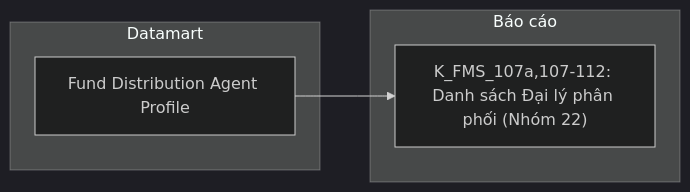
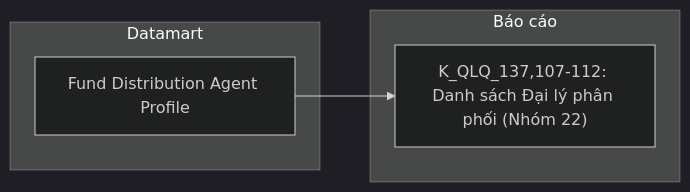
Before and after one commit to linhlvit/ubck_atomic_design: diagram 30 of 37 in Datamart/hld/DTM_QLQ_HLD.md, drawn with Mermaid (dark theme). The commit also changed other lines of this file and 5 other files, not shown here.

````diff
--- a/Datamart/hld/DTM_QLQ_HLD.md
+++ b/Datamart/hld/DTM_QLQ_HLD.md
@@ -1358,10 +1359,10 @@
 ```mermaid
 flowchart LR
     subgraph GOLD["Datamart"]
         G1["Fund Distribution Agent Profile"]
     end
     subgraph RPT["Báo cáo"]
-        R1["K_FMS_107a,107-112: Danh sách Đại lý phân phối (Nhóm 22)"]
+        R1["K_QLQ_137,107-112: Danh sách Đại lý phân phối (Nhóm 22)"]
     end
     G1 --> R1
 ```
````
